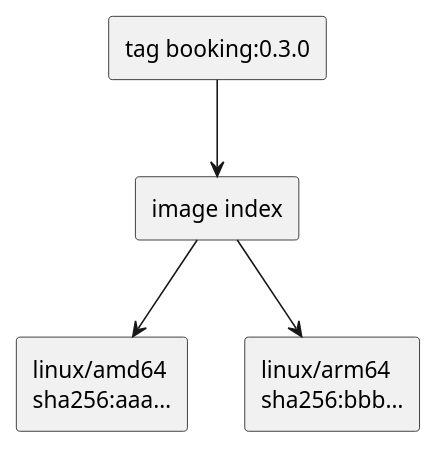
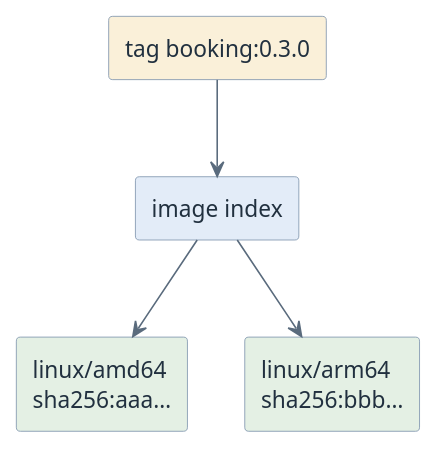
Before and after one commit to htl-leonding-college/curriculum-syp3: the diagram in modules/docker-multiarch/questions.adoc, drawn with PlantUML. The commit also changed 65 other files, not shown here.

First line of the commit message:
feat(site): give the diagrams a semantic pastel palette

```diff
--- a/modules/docker-multiarch/questions.adoc
+++ b/modules/docker-multiarch/questions.adoc
@@ -136,14 +136,17 @@
 [plantuml,q-image-index,svg]
 ----
 @startuml
-skinparam monochrome true
+<style>
+element { BackgroundColor #EDF3FA; LineColor #7C93AD; FontColor #21303F }
+arrow { LineColor #5A6B7D; FontColor #21303F }
+</style>
 skinparam shadowing false
-rectangle "tag booking:0.3.0" as T
-rectangle "image index" as IX
-rectangle "linux/amd64\nsha256:aaa…" as A
-rectangle "linux/arm64\nsha256:bbb…" as B
+rectangle "tag booking:0.3.0" as T #FAF0D9
+rectangle "image index" as IX #E3ECF8
+rectangle "linux/amd64\nsha256:aaa…" as A #E4F0E4
+rectangle "linux/arm64\nsha256:bbb…" as B #E4F0E4
 T -down-> IX
 IX -down-> A
 IX -down-> B
 @enduml
 ----
```
